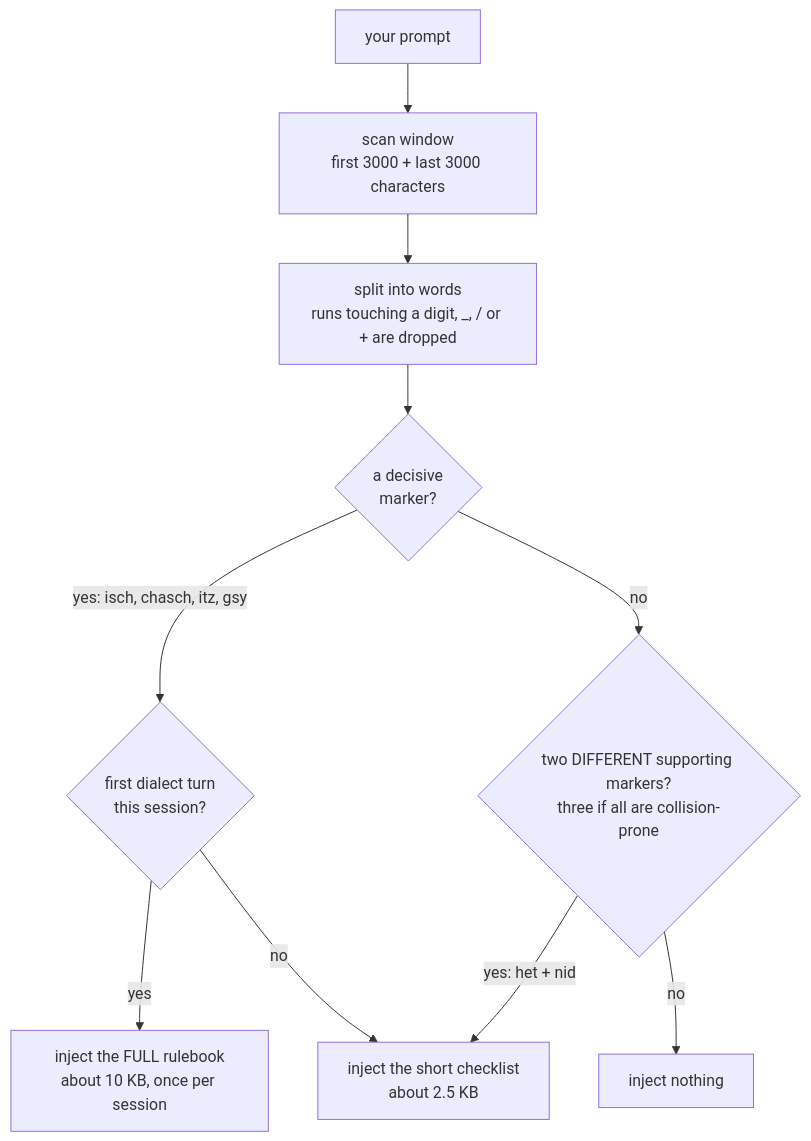
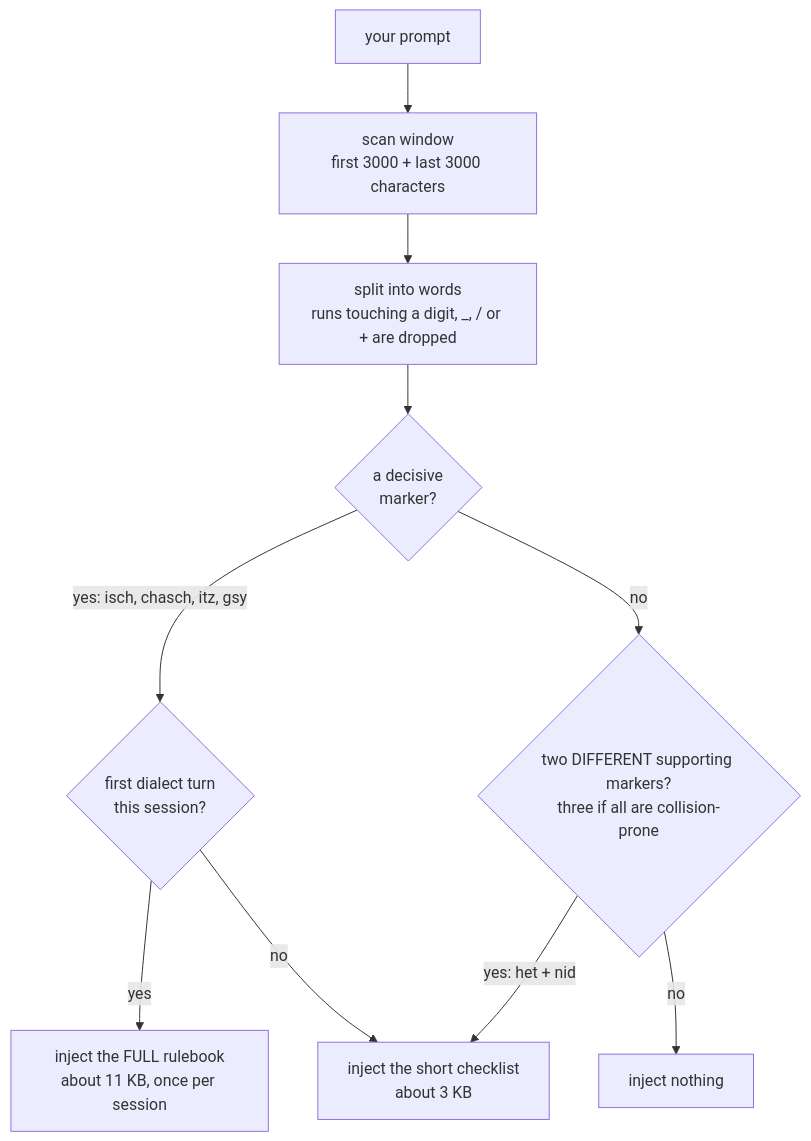
Before and after one commit to sapn95/berndeutsch-for-ai: the third of 3 diagrams in README.md, drawn with Mermaid. The commit also changed other lines of this file and 3 other files, not shown here.

````diff
--- a/README.md
+++ b/README.md
@@ -293,12 +293,12 @@
 ```mermaid
 flowchart TD
     P["your prompt"] --> W["scan window<br/>first 3000 + last 3000 characters"]
     W --> T["split into words<br/>runs touching a digit, _, / or + are dropped"]
     T --> D{"a decisive<br/>marker?"}
     D -->|"yes: isch, chasch, itz, gsy"| B{"first dialect turn<br/>this session?"}
-    B -->|yes| FULL["inject the FULL rulebook<br/>about 10 KB, once per session"]
-    B -->|no| CL["inject the short checklist<br/>about 2.5 KB"]
+    B -->|yes| FULL["inject the FULL rulebook<br/>about 11 KB, once per session"]
+    B -->|no| CL["inject the short checklist<br/>about 3 KB"]
     D -->|no| S{"two DIFFERENT supporting markers?<br/>three if all are collision-prone"}
     S -->|"yes: het + nid"| CL
     S -->|no| N["inject nothing"]
 ```
````
